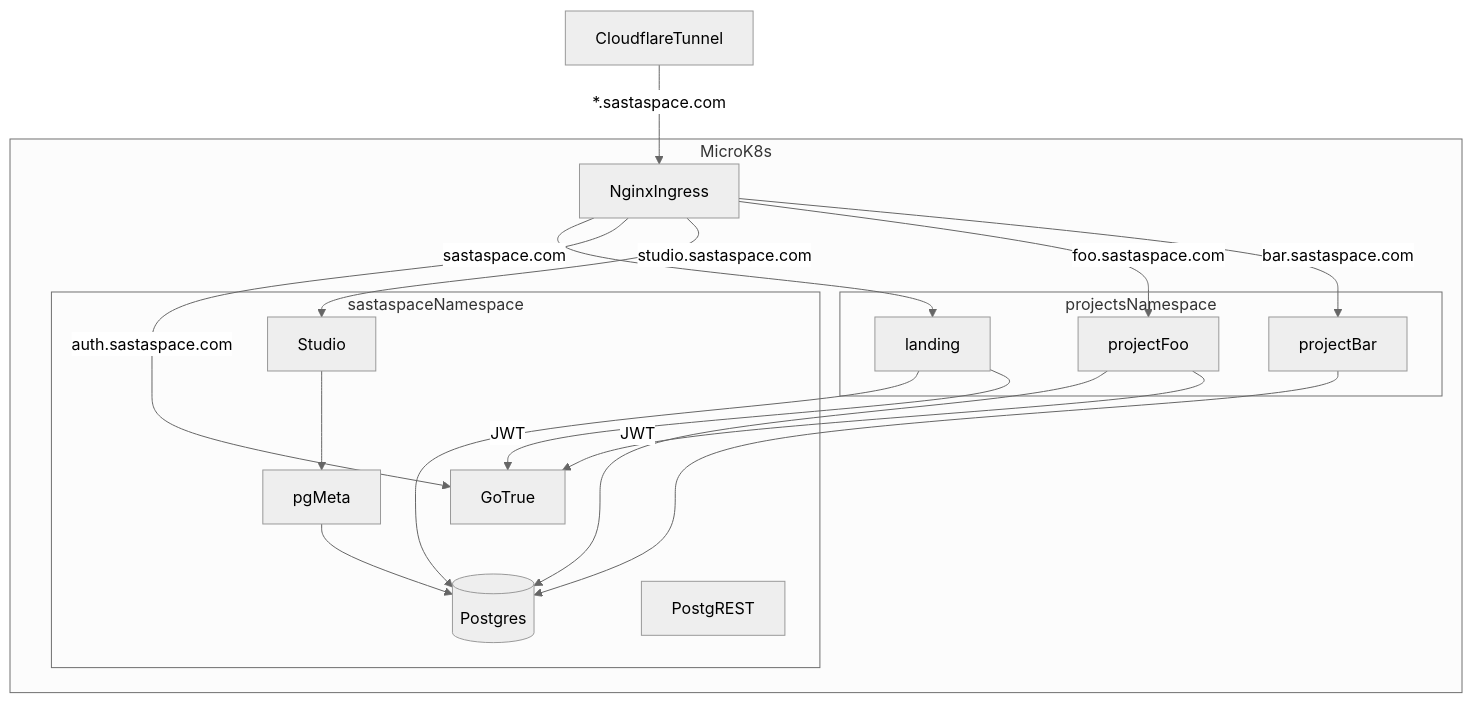
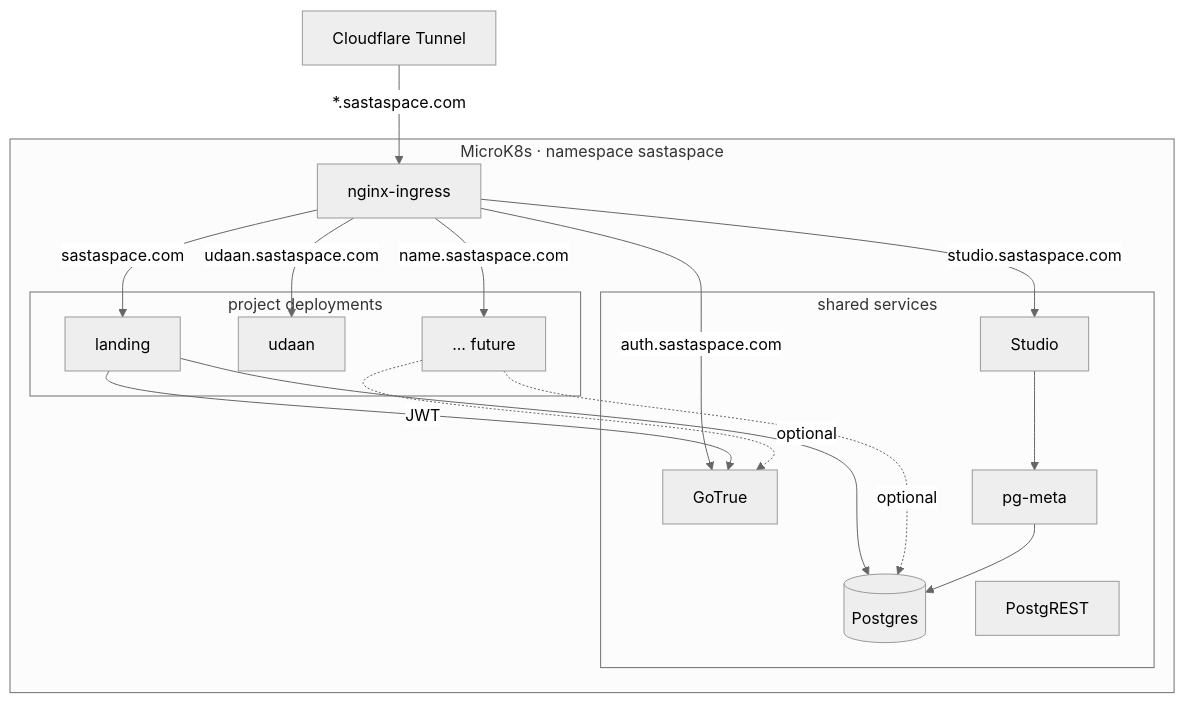
The diagram in CLAUDE.md (themohitkhare/sastaspace), drawn with Mermaid (neutral theme) before and after one commit. The commit also changed other lines of this file, not shown here.

First line of the commit message:
docs: consolidate udaan-v1 learnings for future agents

````diff
--- a/CLAUDE.md
+++ b/CLAUDE.md
@@ -194,31 +231,30 @@
 ```mermaid
 graph TD
-    CF[CloudflareTunnel]
-    subgraph mk8s [MicroK8s]
-        ING[NginxIngress]
-        subgraph shared [sastaspaceNamespace]
+    CF[Cloudflare Tunnel]
+    subgraph mk8s [MicroK8s · namespace sastaspace]
+        ING[nginx-ingress]
+        subgraph shared [shared services]
             PG[(Postgres)]
             PGR[PostgREST]
             GT[GoTrue]
             ST[Studio]
-            PM[pgMeta]
+            PM[pg-meta]
         end
-        subgraph proj [projectsNamespace]
+        subgraph proj [project deployments]
             LAND[landing]
-            APP1[projectFoo]
-            APP2[projectBar]
+            UD[udaan]
+            APPn[... future]
         end
     end
     CF -->|*.sastaspace.com| ING
     ING -->|sastaspace.com| LAND
     ING -->|auth.sastaspace.com| GT
     ING -->|studio.sastaspace.com| ST
-    ING -->|foo.sastaspace.com| APP1
-    ING -->|bar.sastaspace.com| APP2
+    ING -->|udaan.sastaspace.com| UD
+    ING -->|name.sastaspace.com| APPn
     LAND --> PG
-    APP1 --> PG
-    APP2 --> PG
+    APPn -.optional.-> PG
     LAND -->|JWT| GT
-    APP1 -->|JWT| GT
+    APPn -.optional.-> GT
     ST --> PM --> PG
 ```
````
